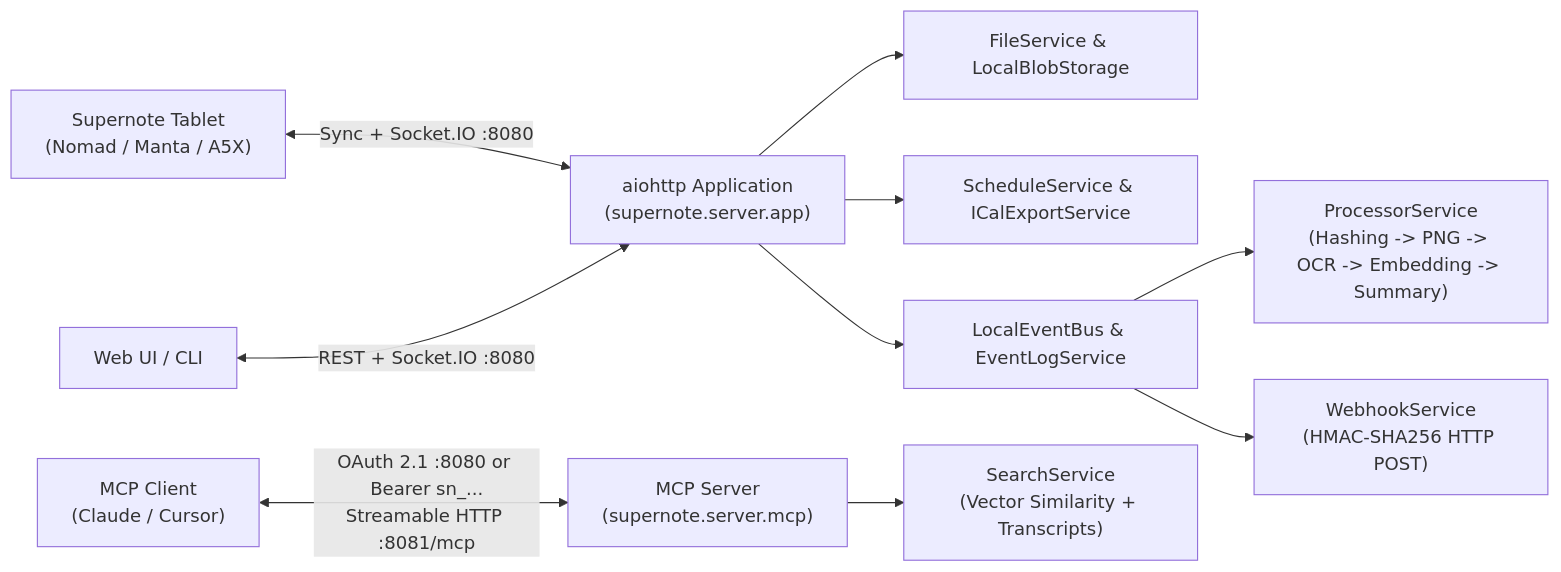
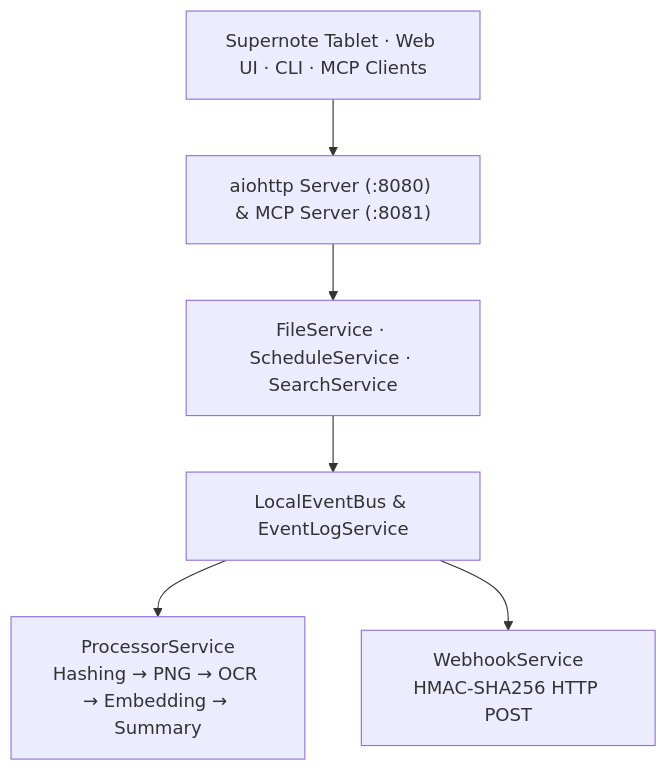
One commit to allenporter/supernote changed the diagram in supernote/server/README.md. Above: the diagram before and after it, drawn with Mermaid. The commit also changed 7 other files, not shown here.

Commit message:
docs: remove redundant Mermaid diagrams and fix Mermaid 11 line breaks & linkify

````diff
--- a/supernote/server/README.md
+++ b/supernote/server/README.md
@@ -11,13 +11,8 @@
 ```mermaid
-flowchart LR
-    Device["Supernote Tablet\n(Nomad / Manta / A5X)"] <-->|Sync + Socket.IO :8080| App["aiohttp Application\n(supernote.server.app)"]
-    WebUI["Web UI / CLI"] <-->|REST + Socket.IO :8080| App
-    Agent["MCP Client\n(Claude / Cursor)"] <-->|OAuth 2.1 :8080 or Bearer sn_...\nStreamable HTTP :8081/mcp| MCP["MCP Server\n(supernote.server.mcp)"]
-
-    App --> VFS["FileService & LocalBlobStorage"]
-    App --> Sched["ScheduleService & ICalExportService"]
-    App --> Bus["LocalEventBus & EventLogService"]
-    Bus --> Proc["ProcessorService\n(Hashing -> PNG -> OCR -> Embedding -> Summary)"]
-    Bus --> WH["WebhookService\n(HMAC-SHA256 HTTP POST)"]
-    MCP --> Search["SearchService\n(Vector Similarity + Transcripts)"]
+flowchart TD
+    Clients["Supernote Tablet · Web UI · CLI · MCP Clients"] --> App["aiohttp Server (:8080) & MCP Server (:8081)"]
+    App --> Services["FileService · ScheduleService · SearchService"]
+    Services --> Bus["LocalEventBus & EventLogService"]
+    Bus --> Proc["ProcessorService<br/>Hashing → PNG → OCR → Embedding → Summary"]
+    Bus --> WH["WebhookService<br/>HMAC-SHA256 HTTP POST"]
 ```
````
